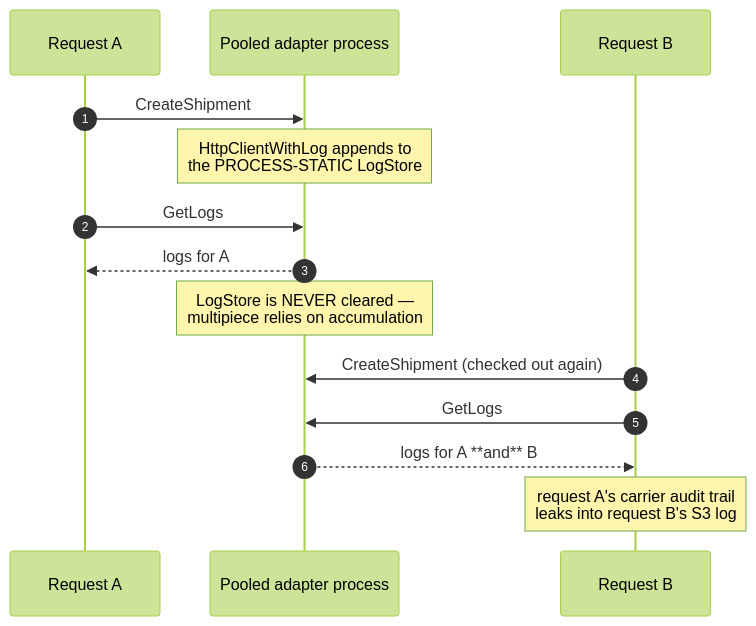
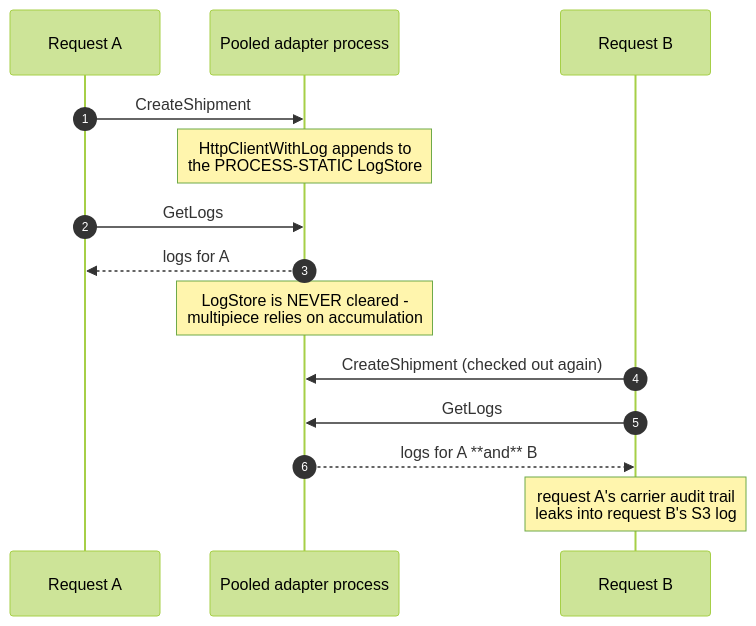
Before and after one commit to simplify9/Bitween-api: diagram 29 of 34 in docs/design/resident-adapters-design.md, drawn with Mermaid (forest theme). The commit also changed other lines of this file and 768 other files, not shown here.

````diff
--- a/docs/design/resident-adapters-design.md
+++ b/docs/design/resident-adapters-design.md
@@ -1422,16 +1422,16 @@
 ```mermaid
 sequenceDiagram
     autonumber
     participant R1 as Request A
     participant P as Pooled adapter process
     participant R2 as Request B
     R1->>P: CreateShipment
     Note over P: HttpClientWithLog appends to<br/>the PROCESS-STATIC LogStore
     R1->>P: GetLogs
     P-->>R1: logs for A
-    Note over P: LogStore is NEVER cleared —<br/>multipiece relies on accumulation
+    Note over P: LogStore is NEVER cleared -<br/>multipiece relies on accumulation
     R2->>P: CreateShipment (checked out again)
     R2->>P: GetLogs
     P-->>R2: logs for A **and** B
     Note over R2: request A's carrier audit trail<br/>leaks into request B's S3 log
 ```
````
